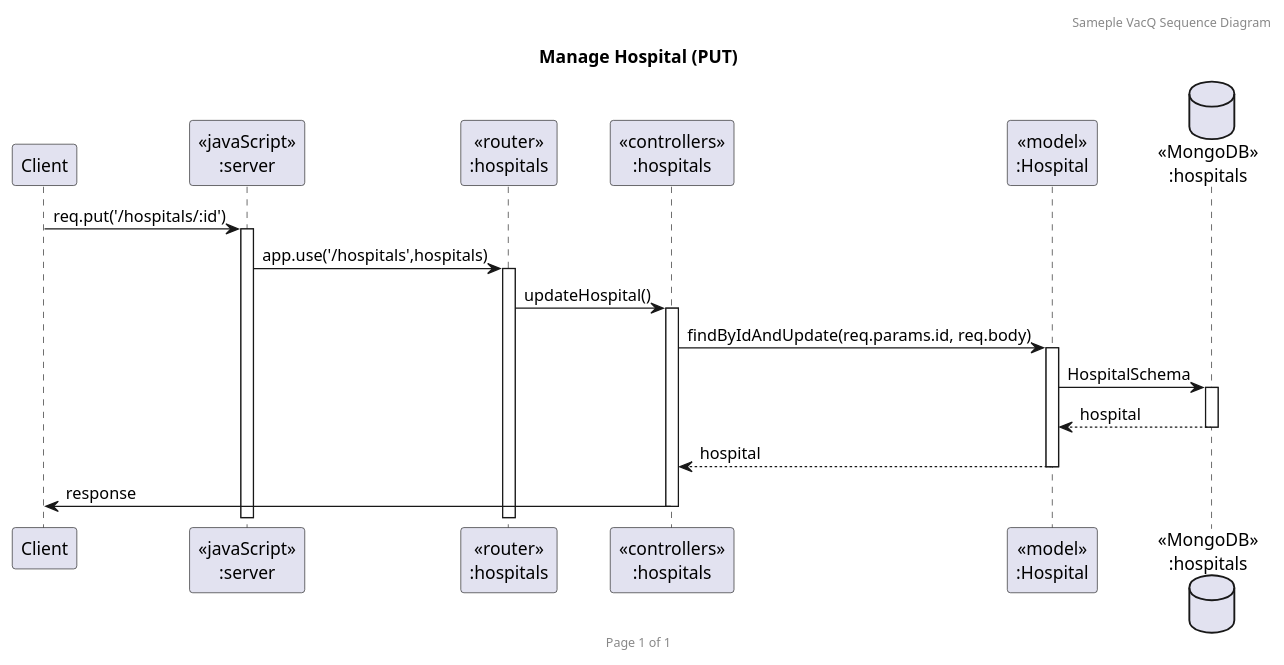
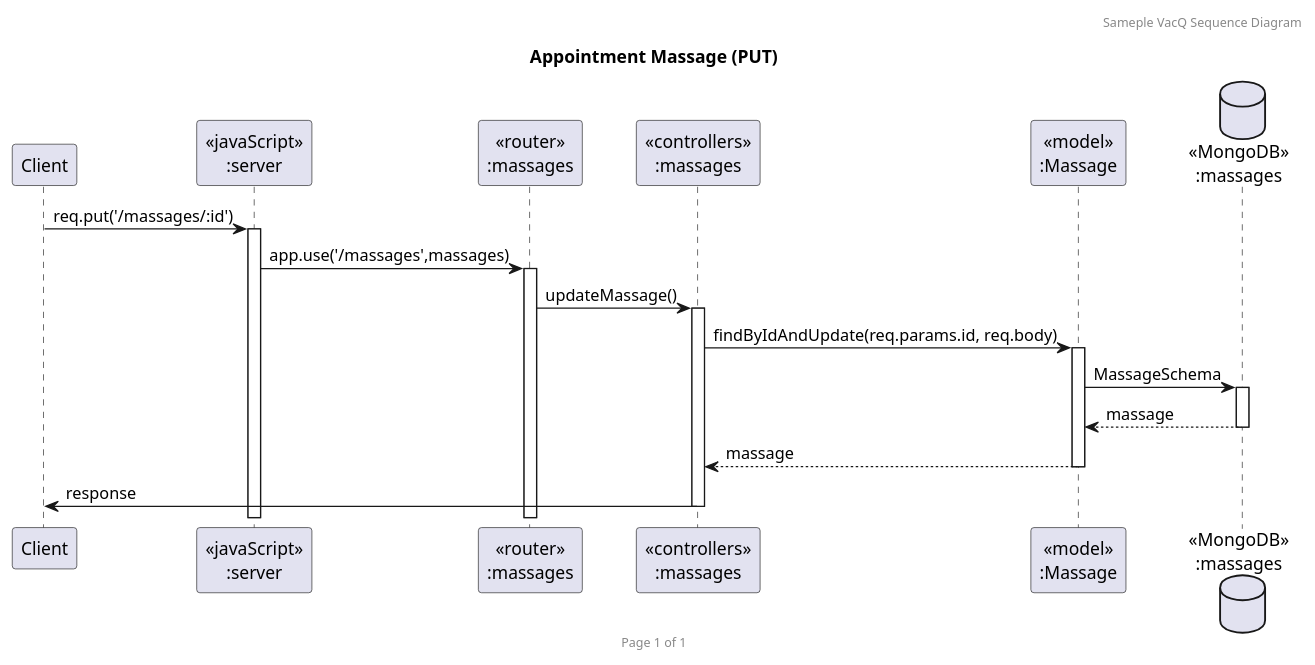
One commit to 2110503TACEDT66/presentation-day-1-samsaomidnight changed the diagram in PlantUml/put.puml. Above: the diagram before and after it, drawn with PlantUML. The commit also changed 4 other files, not shown here.

Commit message:
Appointment UML done

```diff
--- a/PlantUml/put.puml
+++ b/PlantUml/put.puml
@@ -1,23 +1,23 @@
-@startuml Manage Hospital (PUT)
+@startuml Appointment Massage (PUT)
 
 header Sameple VacQ Sequence Diagram
 footer Page %page% of %lastpage%
-title "Manage Hospital (PUT)"
+title "Appointment Massage (PUT)"
 
 participant "Client" as client
 participant "<<javaScript>>\n:server" as server
-participant "<<router>>\n:hospitals" as routerHospitals
-participant "<<controllers>>\n:hospitals" as controllersHospitals
-participant "<<model>>\n:Hospital" as modelHospital
-database "<<MongoDB>>\n:hospitals" as HospitalsDatabase
+participant "<<router>>\n:massages" as routerMassages
+participant "<<controllers>>\n:massages" as controllersMassages
+participant "<<model>>\n:Massage" as modelMassage
+database "<<MongoDB>>\n:massages" as MassagesDatabase
 
-client->server ++:req.put('/hospitals/:id')
-server->routerHospitals ++:app.use('/hospitals',hospitals)
-routerHospitals -> controllersHospitals ++:updateHospital()
-controllersHospitals->modelHospital ++:findByIdAndUpdate(req.params.id, req.body)
-modelHospital ->HospitalsDatabase ++: HospitalSchema
-HospitalsDatabase --> modelHospital --: hospital
-controllersHospitals <-- modelHospital --:hospital
-controllersHospitals->client --:response
+client->server ++:req.put('/massages/:id')
+server->routerMassages ++:app.use('/massages',massages)
+routerMassages -> controllersMassages ++:updateMassage()
+controllersMassages->modelMassage ++:findByIdAndUpdate(req.params.id, req.body)
+modelMassage ->MassagesDatabase ++: MassageSchema
+MassagesDatabase --> modelMassage --: massage
+controllersMassages <-- modelMassage --:massage
+controllersMassages->client --:response
 
 @enduml
```
